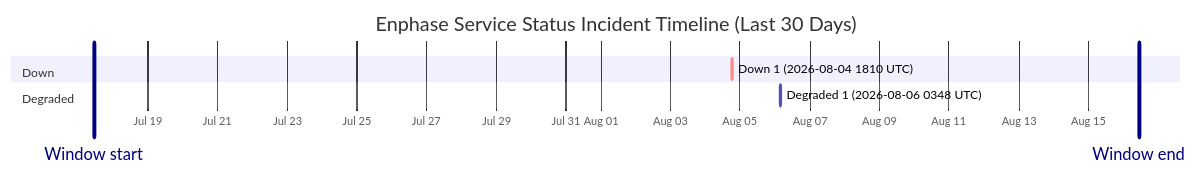
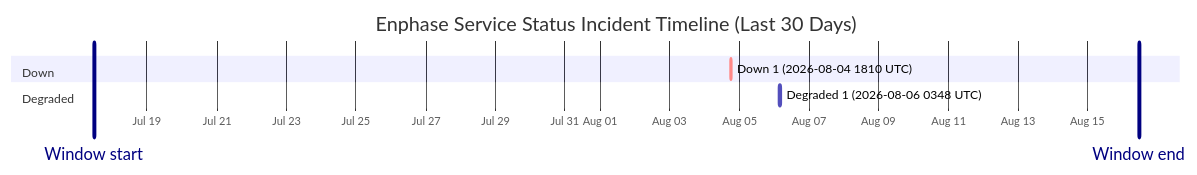
The diagram in wiki/Service-Status-History.md (barneyonline/ha-enphase-energy), drawn with Mermaid before and after one commit. The commit also changed other lines of this file and 3 other files, not shown here.

````diff
--- a/wiki/Service-Status-History.md
+++ b/wiki/Service-Status-History.md
@@ -14,12 +14,12 @@
 ```mermaid
 gantt
     title Enphase Service Status Incident Timeline (Last 30 Days)
     dateFormat  YYYY-MM-DDTHH:mm:ss
     axisFormat  %b %d
-    Window start :vert, window-start, 2026-07-17T10:47:54, 0ms
-    Window end :vert, window-end, 2026-08-16T10:47:54, 0ms
+    Window start :vert, window-start, 2026-07-17T11:17:56, 0ms
+    Window end :vert, window-end, 2026-08-16T11:17:56, 0ms
     section Down
     Down 1 (2026-08-04 1810 UTC) :crit, down-1, 2026-08-04T18:10:46, 60m
     section Degraded
     Degraded 1 (2026-08-06 0348 UTC) :active, degraded-1, 2026-08-06T03:48:14, 60m
 ```
````
